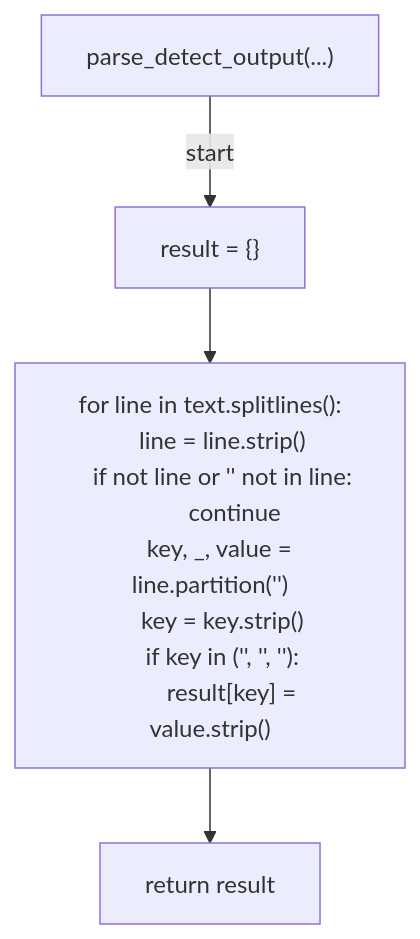
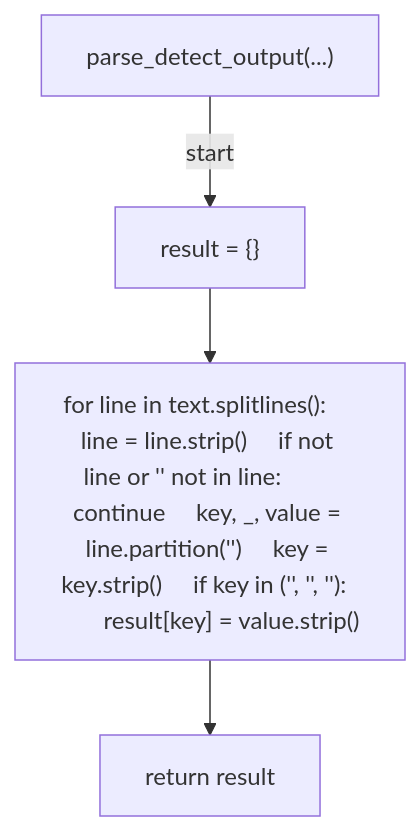
One commit to tvna/claude-md changed the third of 30 diagrams in docs/generated/scripts/ast/security_drift_report.md. Above: the diagram before and after it, drawn with Mermaid. The commit also changed other lines of this file and 23 other files, not shown here.

First line of the commit message:
docs(generated): regenerate decision tree and workflow diagrams (batch 4/5)

````diff
--- a/docs/generated/scripts/ast/security_drift_report.md
+++ b/docs/generated/scripts/ast/security_drift_report.md
@@ -39,17 +39,10 @@
 ```mermaid
 flowchart TD
     N001["parse_detect_output(...)"]
     N002["result = {}"]
-    N003["for line in text.splitlines():
-    line = line.strip()
-    if not line or '<str>' not in line:
-        continue
-    key, _, value = line.partition('<str>')
-    key = key.strip()
-    if key in ('<str>', '<str>', '<str>'):
-        result[key] = value.strip()"]
+    N003["for line in text.splitlines():     line = line.strip()     if not line or '<str>' not in line:         continue     key, _, value = line.partition('<str>')     key = key.strip()     if key in ('<str>', '<str>', '<str>'):         result[key] = value.strip()"]
     N004["return result"]
     N001 -->|"start"| N002
     N002 --> N003
     N003 --> N004
 ```
````
